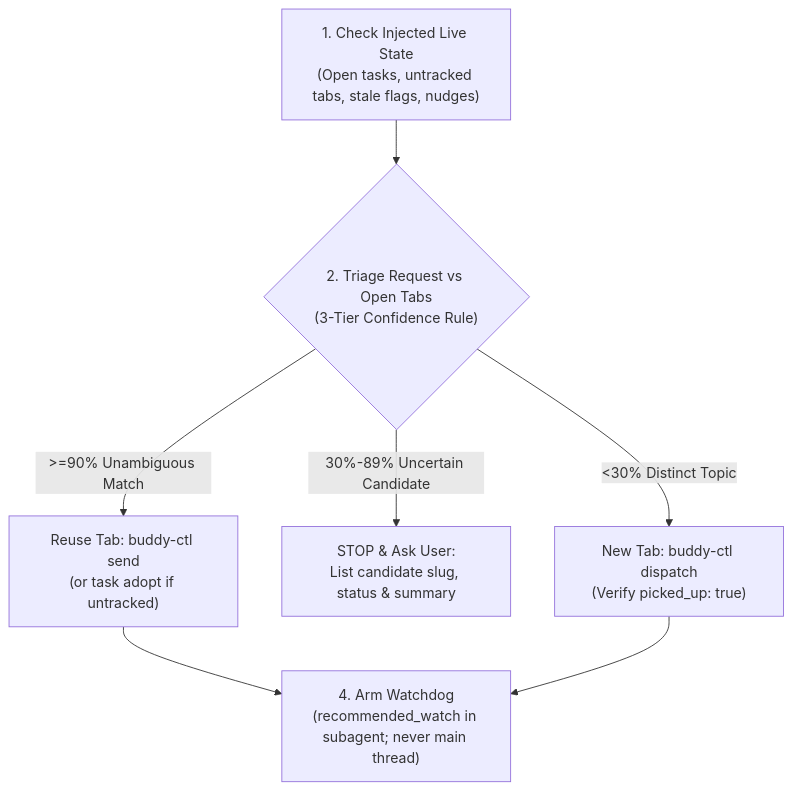
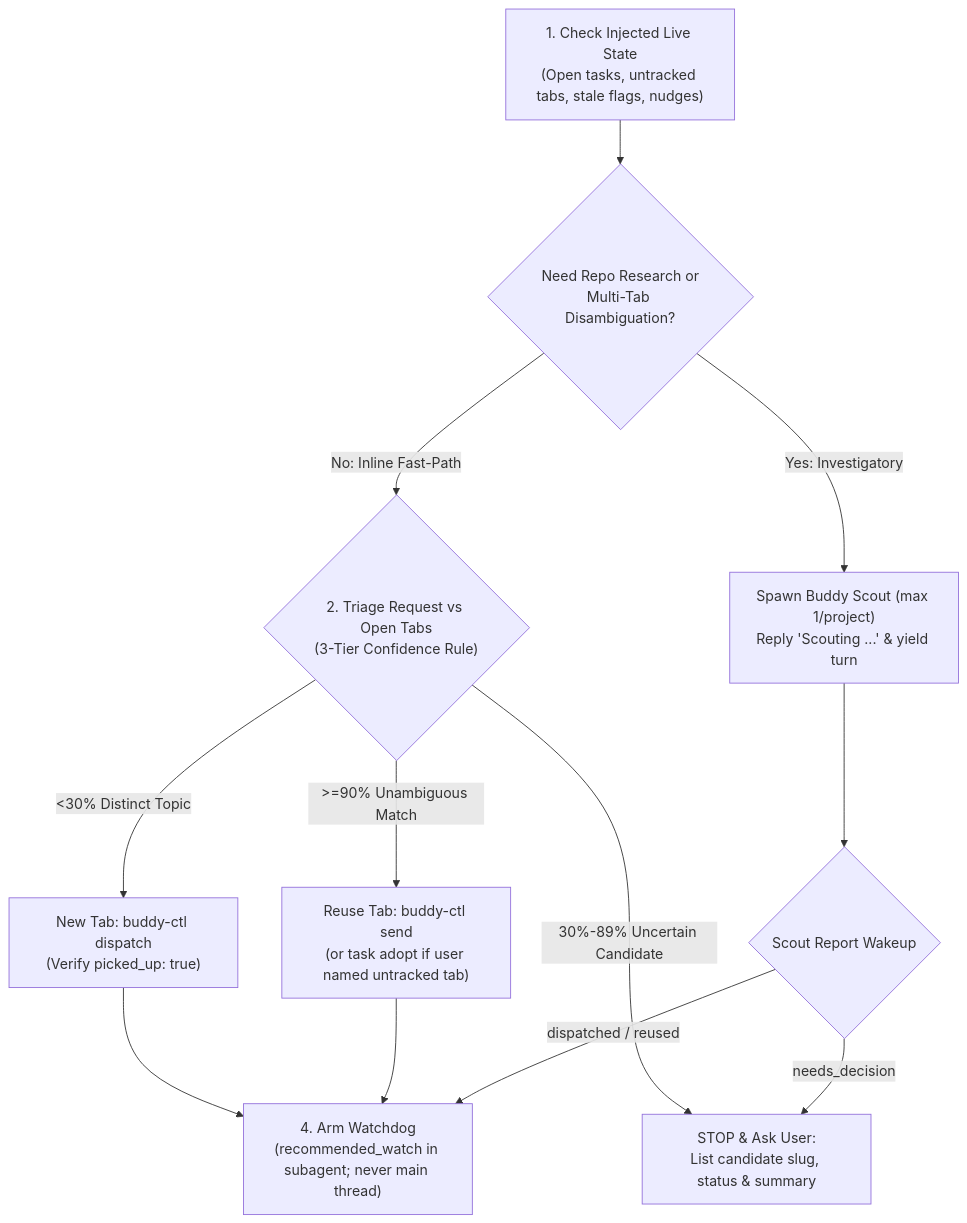
Before and after one commit to tortoise10h/buddy: the diagram in templates/orchestrator-AGENTS.md, drawn with Mermaid. The commit also changed other lines of this file and 2 other files, not shown here.

Commit message:
feat: add Buddy Scout research & dispatch playbook

````diff
--- a/templates/orchestrator-AGENTS.md
+++ b/templates/orchestrator-AGENTS.md
@@ -56,9 +62,14 @@
 ```mermaid
 flowchart TD
-    S1["1. Check Injected Live State<br/>(Open tasks, untracked tabs, stale flags, nudges)"] --> S2{"2. Triage Request vs Open Tabs<br/>(3-Tier Confidence Rule)"}
-    S2 -- ">=90% Unambiguous Match" --> Reuse["Reuse Tab: buddy-ctl send<br/>(or task adopt if untracked)"]
-    S2 -- "30%-89% Uncertain Candidate" --> Ask["STOP & Ask User:<br/>List candidate slug, status & summary"]
+    S1["1. Check Injected Live State<br/>(Open tasks, untracked tabs, stale flags, nudges)"] --> R{"Need Repo Research or<br/>Multi-Tab Disambiguation?"}
+    R -- "Yes: Investigatory" --> Scout["Spawn Buddy Scout (max 1/project)<br/>Reply 'Scouting <project>...' & yield turn"]
+    Scout --> Wake{"Scout Report Wakeup"}
+    Wake -- "dispatched / reused" --> S4["4. Arm Watchdog<br/>(recommended_watch in subagent; never main thread)"]
+    Wake -- "needs_decision" --> Ask["STOP & Ask User:<br/>List candidate slug, status & summary"]
+    R -- "No: Inline Fast-Path" --> S2{"2. Triage Request vs Open Tabs<br/>(3-Tier Confidence Rule)"}
+    S2 -- ">=90% Unambiguous Match" --> Reuse["Reuse Tab: buddy-ctl send<br/>(or task adopt if user named untracked tab)"]
+    S2 -- "30%-89% Uncertain Candidate" --> Ask
     S2 -- "<30% Distinct Topic" --> Disp["New Tab: buddy-ctl dispatch<br/>(Verify picked_up: true)"]
-    Reuse --> S4["4. Arm Watchdog<br/>(recommended_watch in subagent; never main thread)"]
+    Reuse --> S4
     Disp --> S4
 ```
````
